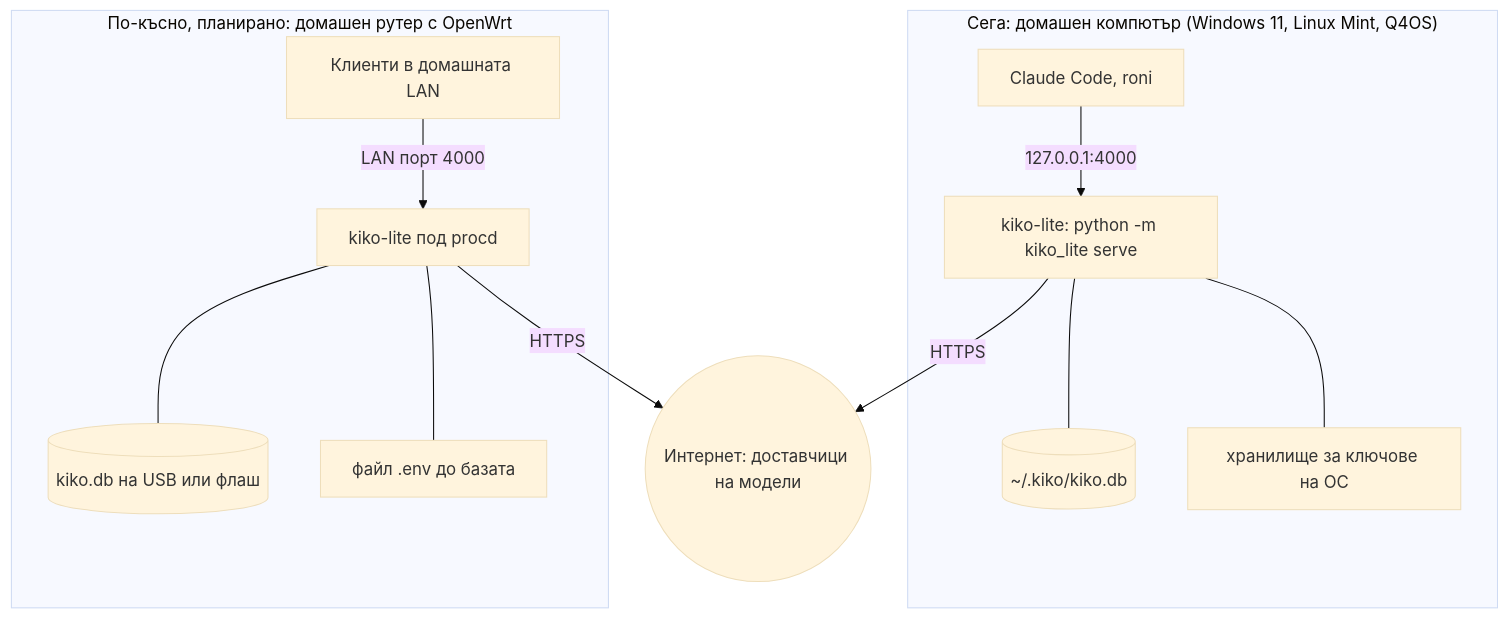
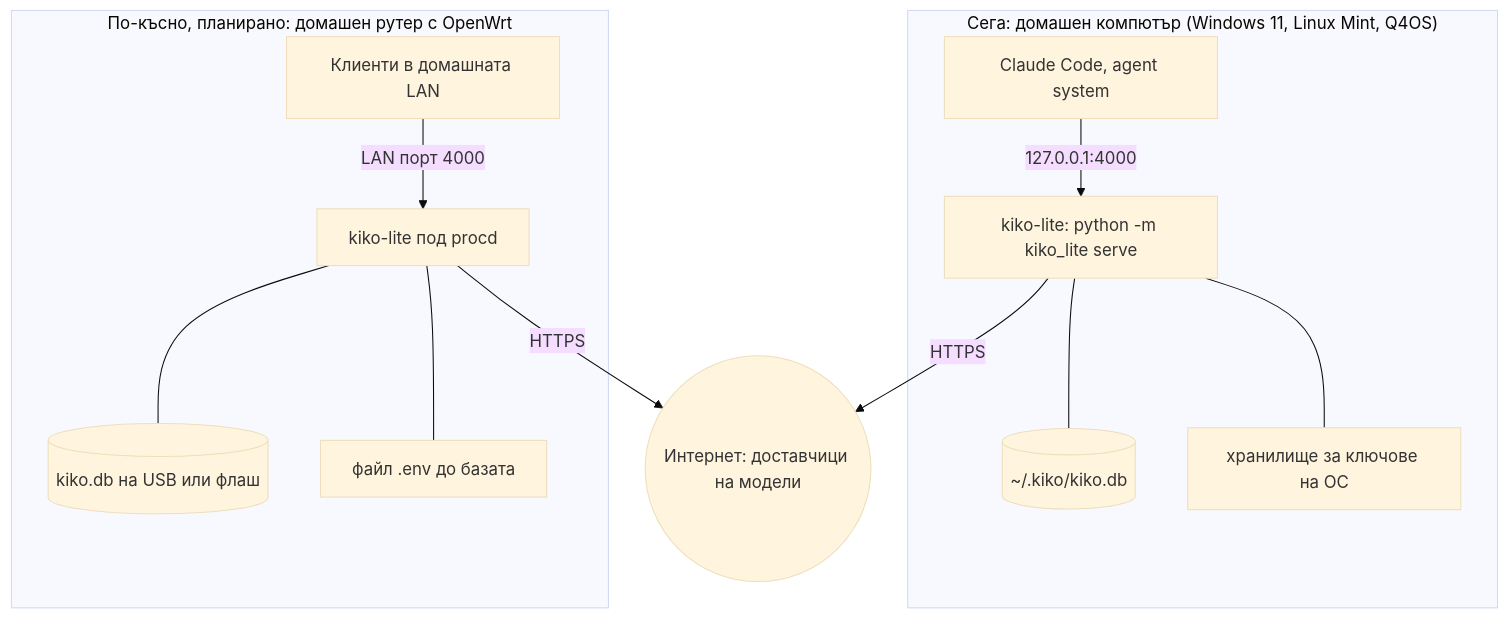
One commit to peterkokosharov/kiko changed the fourth of 4 diagrams in docs/gateway/site/bg/ARCHITECTURE.md. Above: the diagram before and after it, drawn with Mermaid (base theme). The commit also changed other lines of this file and 15 other files, not shown here.

````diff
--- a/docs/gateway/site/bg/ARCHITECTURE.md
+++ b/docs/gateway/site/bg/ARCHITECTURE.md
@@ -210,15 +210,15 @@
 ```mermaid
 flowchart TB
     subgraph NOW["Сега: домашен компютър (Windows 11, Linux Mint, Q4OS)"]
-        CC1["Claude Code, roni"] -->|"127.0.0.1:4000"| K1["kiko-lite: python -m kiko_lite serve"]
+        CC1["Claude Code, agent system"] -->|"127.0.0.1:4000"| K1["kiko-lite: python -m kiko_lite serve"]
         K1 --- DB1[("~/.kiko/kiko.db")]
         K1 --- KS1["хранилище за ключове на ОС"]
     end
     subgraph LATER["По-късно, планирано: домашен рутер с OpenWrt"]
         LAN["Клиенти в домашната LAN"] -->|"LAN порт 4000"| K2["kiko-lite под procd"]
         K2 --- DB2[("kiko.db на USB или флаш")]
         K2 --- ENV2["файл .env до базата"]
     end
     K1 -->|HTTPS| NET(("Интернет: доставчици на модели"))
     K2 -->|HTTPS| NET
 ```
````
